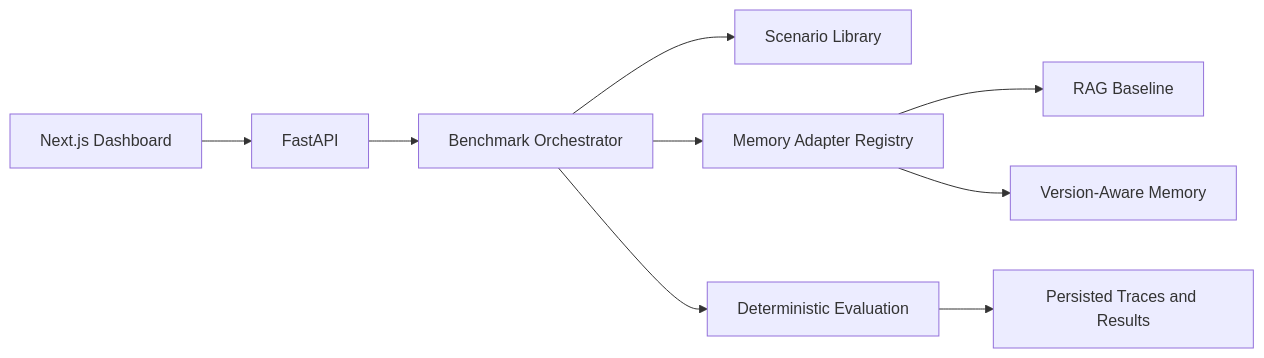
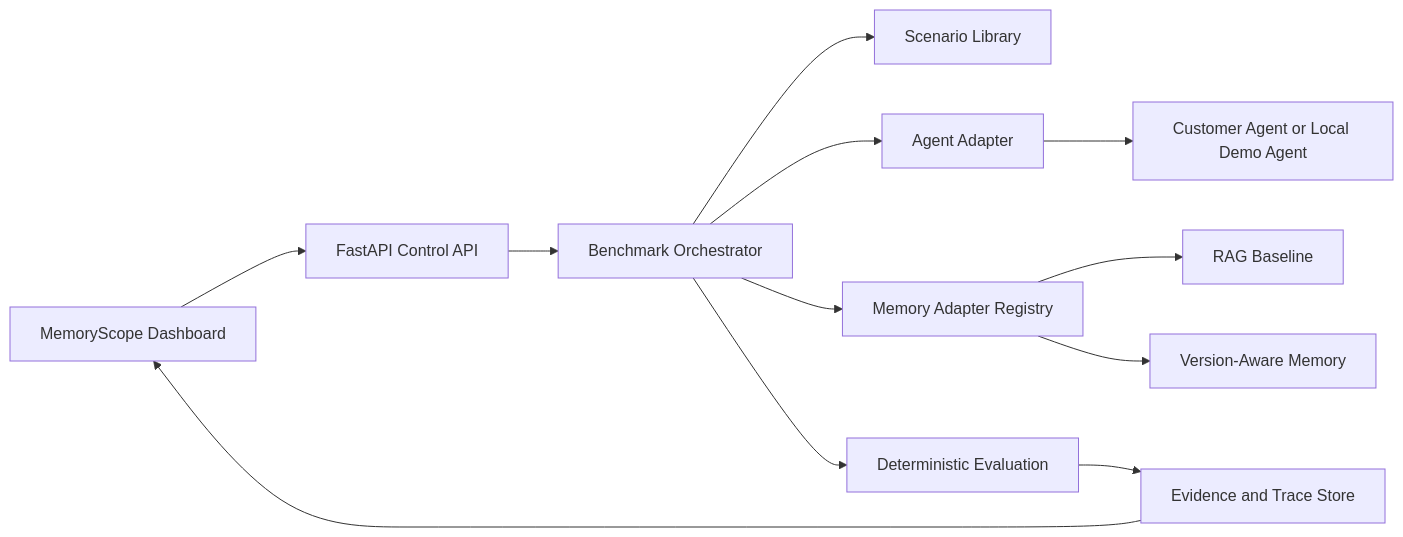
One commit to Diptesh2006/MemoryScope changed the diagram in README.md. Above: the diagram before and after it, drawn with Mermaid. The commit also changed other lines of this file, not shown here.

Commit message:
docs: make MemoryScope README product-ready

````diff
--- a/README.md
+++ b/README.md
@@ -37,11 +75,14 @@
 ```mermaid
 flowchart LR
- UI[Next.js Dashboard] --> API[FastAPI]
+ UI[MemoryScope Dashboard] --> API[FastAPI Control API]
  API --> ORCH[Benchmark Orchestrator]
  ORCH --> S[Scenario Library]
+ ORCH --> A[Agent Adapter]
  ORCH --> M[Memory Adapter Registry]
+ A --> AG[Customer Agent or Local Demo Agent]
  M --> R[RAG Baseline]
  M --> V[Version-Aware Memory]
  ORCH --> E[Deterministic Evaluation]
- E --> T[Persisted Traces and Results]
+ E --> T[Evidence and Trace Store]
+ T --> UI
 ```
````
